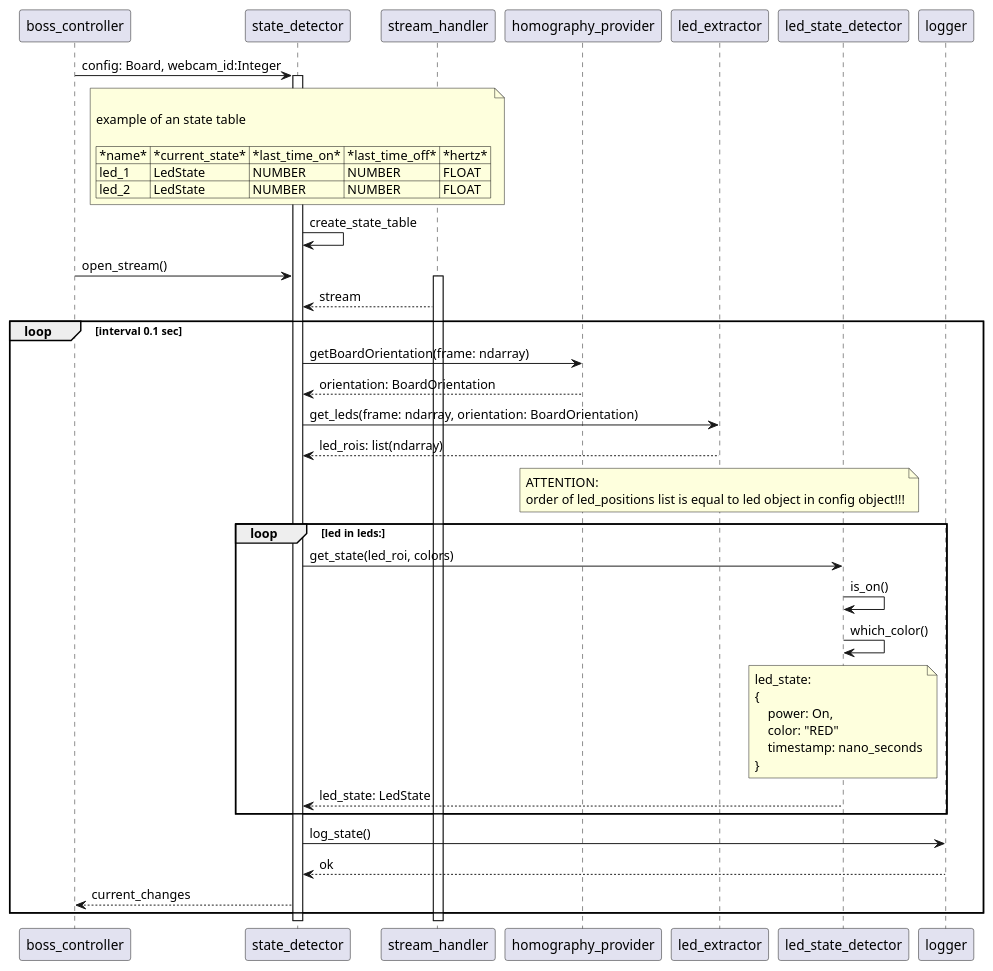
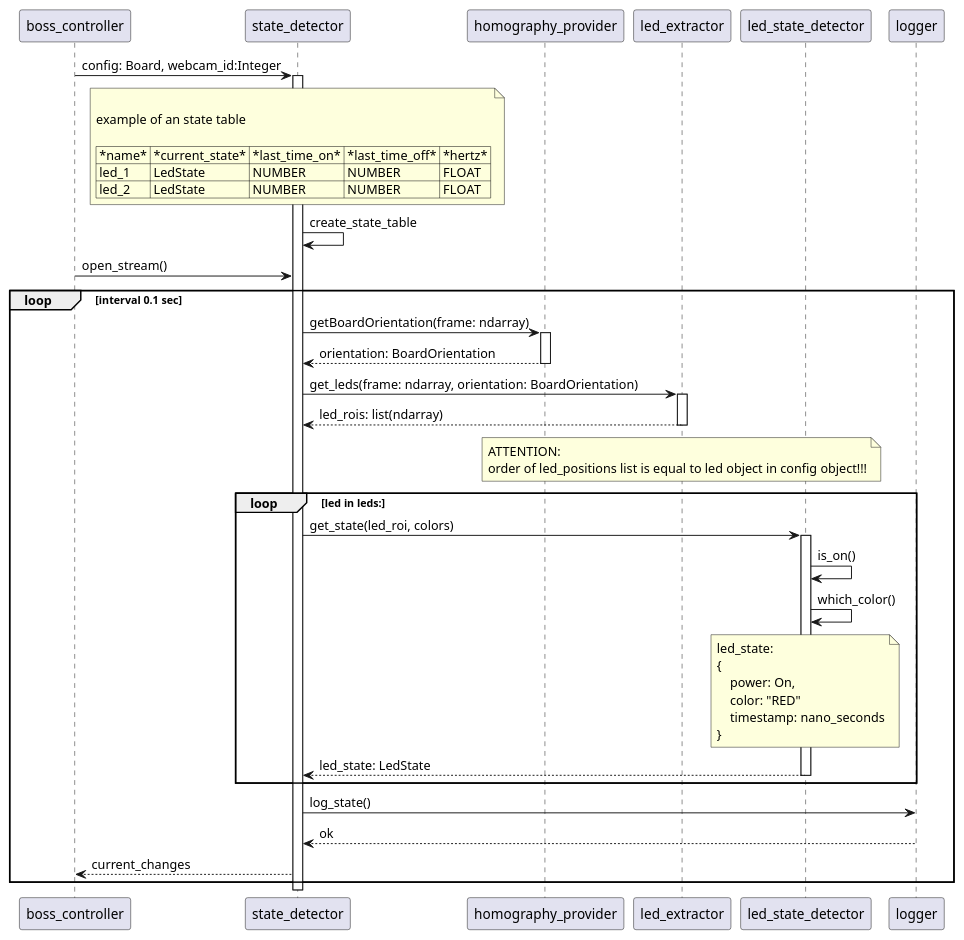
The diagram in docs/source/uml/State_Detector_Sequence.puml (SE-Projekt-LED-Detection/LED-Detection), drawn with PlantUML before and after one commit. The commit also changed 9 other files, not shown here.

```diff
--- a/docs/source/uml/State_Detector_Sequence.puml
+++ b/docs/source/uml/State_Detector_Sequence.puml
@@ -1,46 +1,50 @@
 @startuml
 boss_controller -> state_detector: config: Board, webcam_id:Integer
 note over state_detector
 
      example of an state table
 
      | *name* | *current_state* | *last_time_on* | *last_time_off* | *hertz* |
      | led_1 | LedState | NUMBER | NUMBER | FLOAT |
      | led_2 | LedState | NUMBER | NUMBER | FLOAT |
 end note
 activate state_detector
 state_detector -> state_detector: create_state_table
 boss_controller -> state_detector: open_stream()
-activate stream_handler
-stream_handler --> state_detector: stream
 loop interval 0.1 sec
     state_detector -> homography_provider: getBoardOrientation(frame: ndarray)
+    activate homography_provider
     homography_provider --> state_detector: orientation: BoardOrientation
+    deactivate homography_provider
     state_detector -> led_extractor: get_leds(frame: ndarray, orientation: BoardOrientation)
+    activate led_extractor
     led_extractor --> state_detector: led_rois: list(ndarray)
+    deactivate led_extractor
     note over led_extractor
         ATTENTION: 
         order of led_positions list is equal to led object in config object!!!
     end note
     loop led in leds:
         state_detector -> led_state_detector: get_state(led_roi, colors)
+        activate led_state_detector
         led_state_detector -> led_state_detector: is_on()
         led_state_detector -> led_state_detector: which_color()
         note over led_state_detector
             led_state: 
             {
                 power: On,
                 color: "RED"
                 timestamp: nano_seconds
             }
         end note
         led_state_detector --> state_detector: led_state: LedState
+        deactivate led_state_detector
     end
     state_detector -> logger: log_state()
     logger --> state_detector: ok
     state_detector --> boss_controller: current_changes
 end
 
 
 
 @enduml
```
